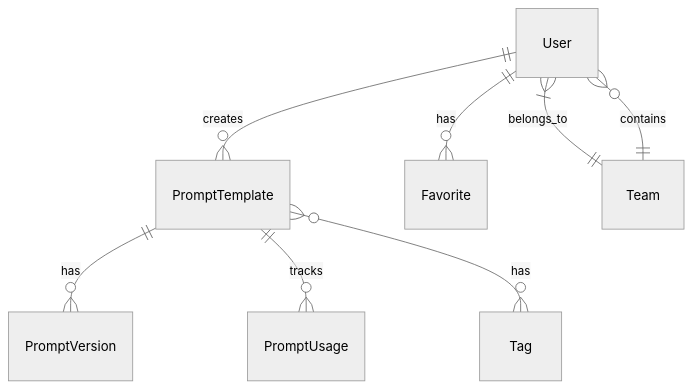
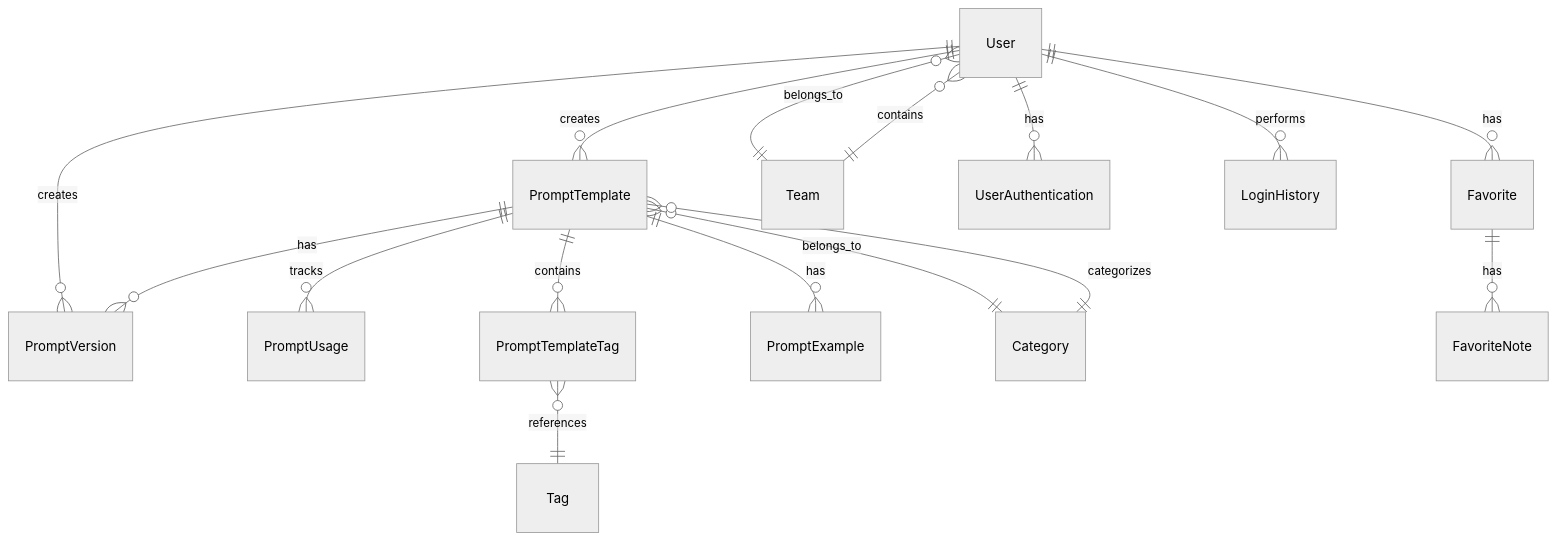
Before and after one commit to gonghojin/prompt-center: the diagram in req/model.md, drawn with Mermaid (neutral theme). The commit also changed other lines of this file and 11 other files, not shown here.

````diff
--- a/req/model.md
+++ b/req/model.md
@@ -7,10 +7,18 @@
 ```mermaid
 erDiagram
     User ||--o{ PromptTemplate : creates
     User ||--o{ Favorite : has
-    User }|--|| Team : belongs_to
+    User }o--|| Team : belongs_to
+    User ||--o{ UserAuthentication : has
+    User ||--o{ LoginHistory : performs
+    User ||--o{ PromptVersion : creates
     PromptTemplate ||--o{ PromptVersion : has
     PromptTemplate ||--o{ PromptUsage : tracks
-    PromptTemplate }o--o{ Tag : has
+    PromptTemplate ||--o{ PromptTemplateTag : contains
+    PromptTemplate ||--o{ PromptExample : has
+    PromptTemplateTag }o--|| Tag : references
+    PromptTemplate }o--|| Category : belongs_to
     Team ||--o{ User : contains
+    Category ||--o{ PromptTemplate : categorizes
+    Favorite ||--o{ FavoriteNote : has
 ```
````
